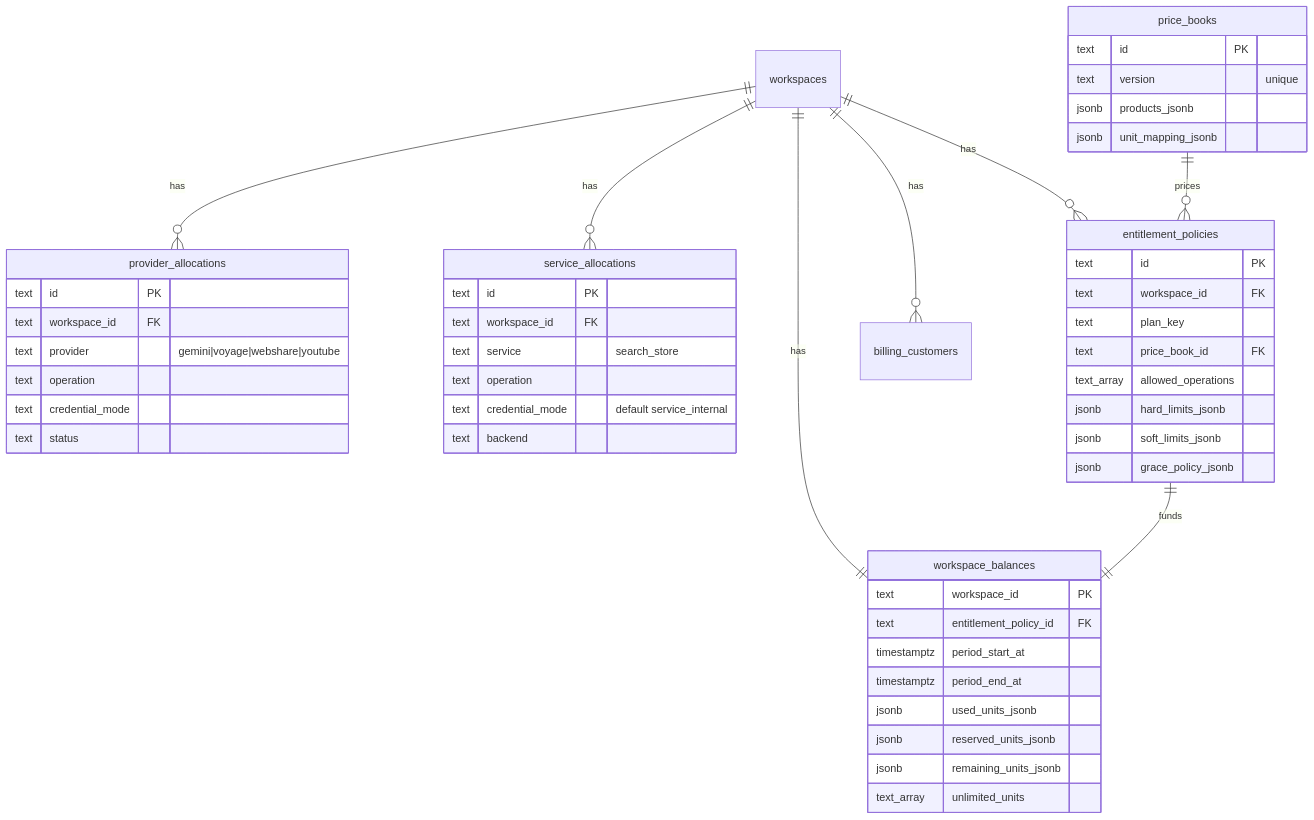
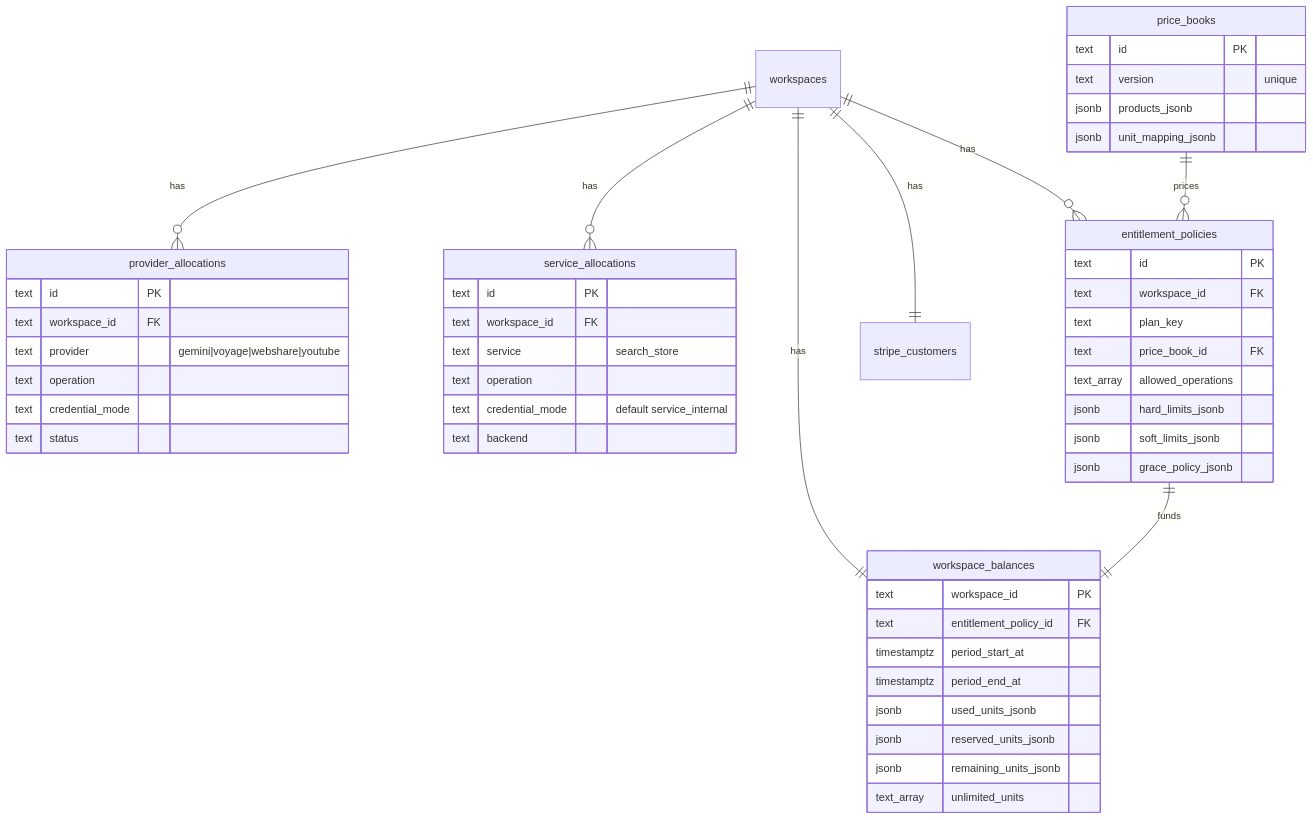
One commit to MaskyS/yutome changed the third of 14 diagrams in docs/architecture/hosted.md. Above: the diagram before and after it, drawn with Mermaid. The commit also changed other lines of this file and 15 other files, not shown here.

First line of the commit message:
Replace Polar billing with Stripe metered (usage-based) billing

````diff
--- a/docs/architecture/hosted.md
+++ b/docs/architecture/hosted.md
@@ -125,53 +125,53 @@
 ```mermaid
 erDiagram
     workspaces ||--o{ provider_allocations : has
     workspaces ||--o{ service_allocations : has
     price_books ||--o{ entitlement_policies : prices
     workspaces ||--o{ entitlement_policies : has
     entitlement_policies ||--|| workspace_balances : funds
     workspaces ||--|| workspace_balances : has
-    workspaces ||--o{ billing_customers : has
+    workspaces ||--|| stripe_customers : has
 
     provider_allocations {
         text id PK
         text workspace_id FK
         text provider "gemini|voyage|webshare|youtube"
         text operation
         text credential_mode
         text status
     }
     service_allocations {
         text id PK
         text workspace_id FK
         text service "search_store"
         text operation
         text credential_mode "default service_internal"
         text backend
     }
     entitlement_policies {
         text id PK
         text workspace_id FK
         text plan_key
         text price_book_id FK
         text_array allowed_operations
         jsonb hard_limits_jsonb
         jsonb soft_limits_jsonb
         jsonb grace_policy_jsonb
     }
     workspace_balances {
         text workspace_id PK
         text entitlement_policy_id FK
         timestamptz period_start_at
         timestamptz period_end_at
         jsonb used_units_jsonb
         jsonb reserved_units_jsonb
         jsonb remaining_units_jsonb
         text_array unlimited_units
     }
     price_books {
         text id PK
         text version "unique"
         jsonb products_jsonb
         jsonb unit_mapping_jsonb
     }
 ```
````
